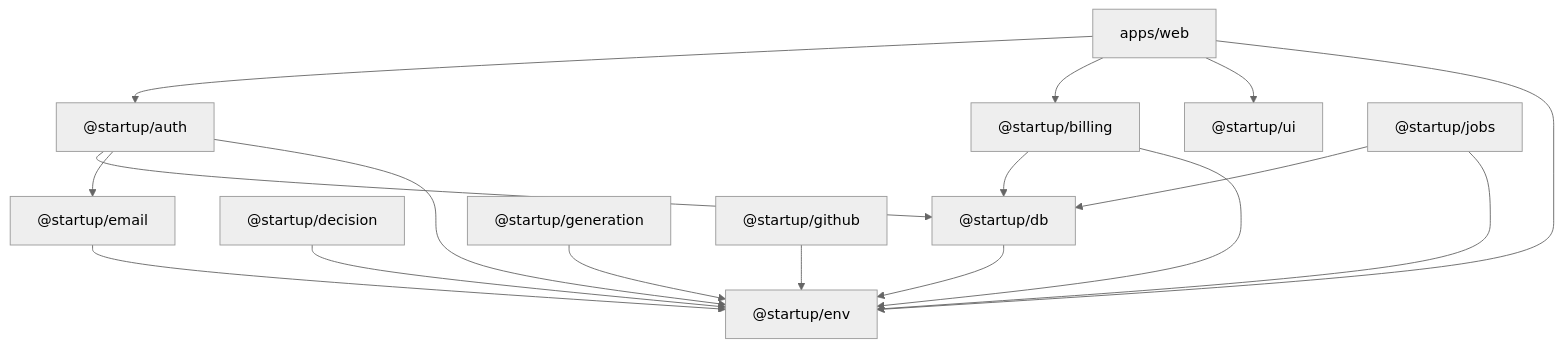
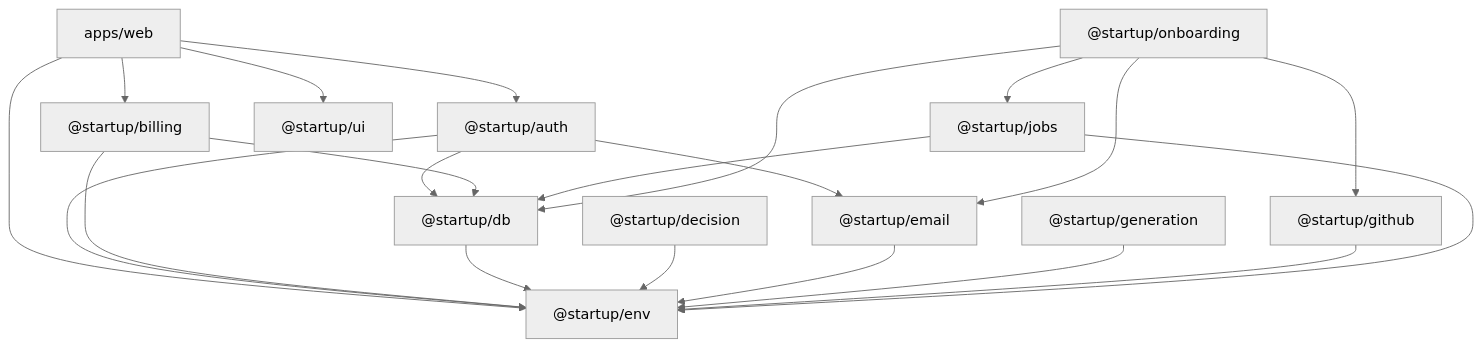
One commit to allen-padilla/repo-onboarding changed the diagram in docs/architecture/package-boundaries.md. Above: the diagram before and after it, drawn with Mermaid (neutral theme). The commit also changed other lines of this file and 17 other files, not shown here.

````diff
--- a/docs/architecture/package-boundaries.md
+++ b/docs/architecture/package-boundaries.md
@@ -31,31 +31,36 @@
 ```mermaid
 flowchart TD
   web["apps/web"]
   auth["@startup/auth"]
   billing["@startup/billing"]
   ui["@startup/ui"]
   db["@startup/db"]
   decision["@startup/decision"]
   email["@startup/email"]
   env["@startup/env"]
   generation["@startup/generation"]
   github["@startup/github"]
   jobs["@startup/jobs"]
+  onboarding["@startup/onboarding"]
 
   web --> auth
   web --> billing
   web --> ui
   web --> env
   auth --> db
   auth --> email
   auth --> env
   billing --> db
   billing --> env
   db --> env
   decision --> env
   email --> env
   generation --> env
   github --> env
   jobs --> db
   jobs --> env
+  onboarding --> db
+  onboarding --> email
+  onboarding --> github
+  onboarding --> jobs
 ```
````
